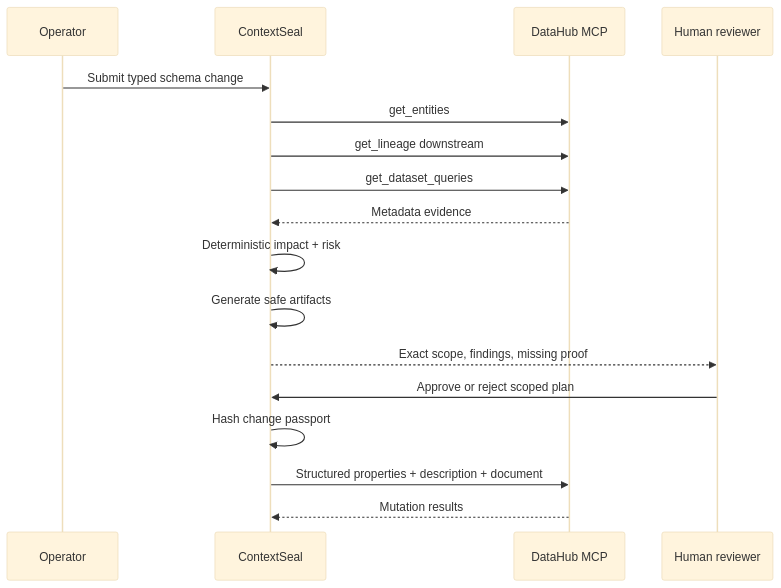
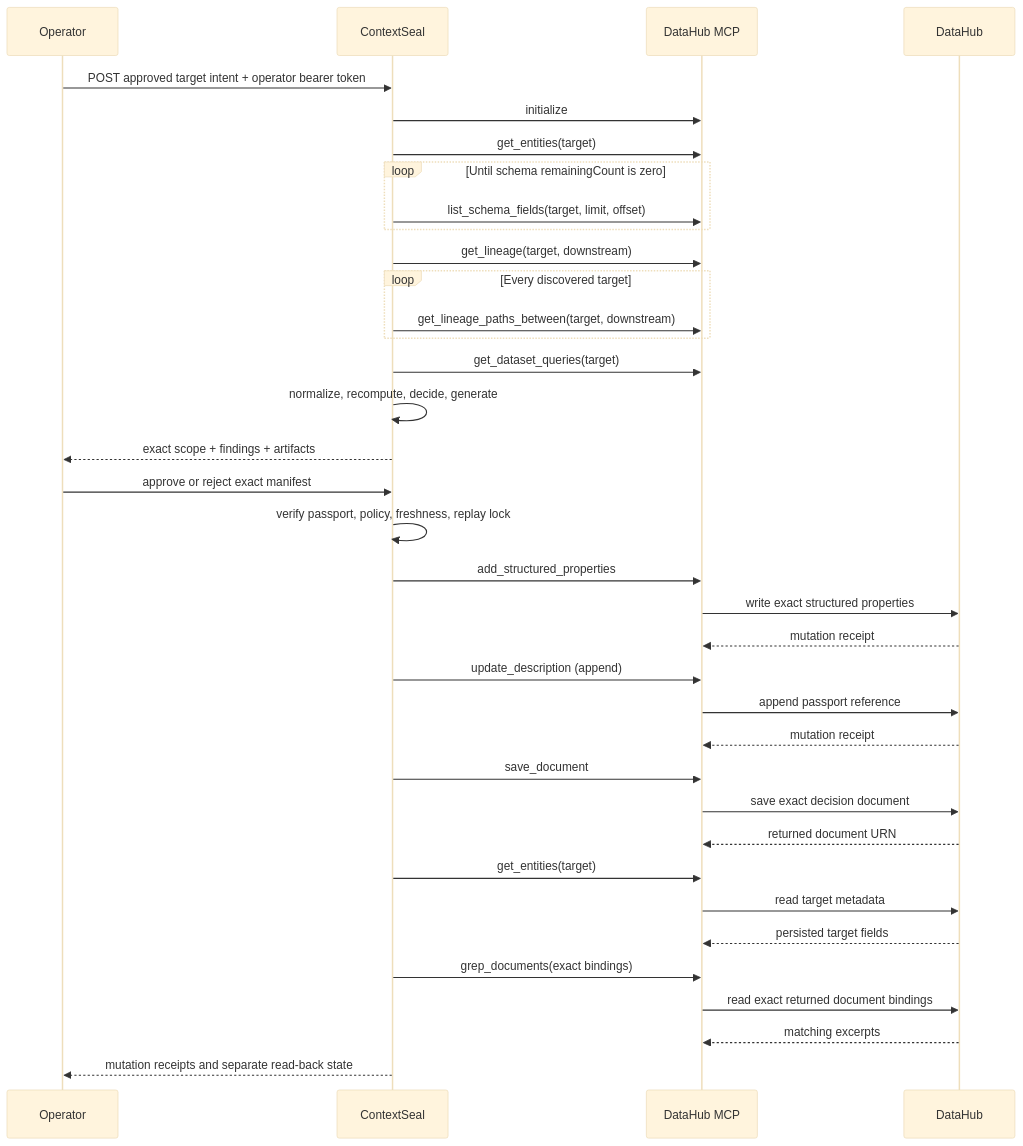
One commit to zyganali-glitch/ContextSeal changed the second of 2 diagrams in docs/ARCHITECTURE.md. Above: the diagram before and after it, drawn with Mermaid (base theme). The commit also changed other lines of this file and 86 other files, not shown here.

Commit message:
Harden ContextSeal submission and DataHub proof

````diff
--- a/docs/ARCHITECTURE.md
+++ b/docs/ARCHITECTURE.md
@@ -34,20 +43,39 @@
 ```mermaid
 sequenceDiagram
-    participant U as Operator
+    participant O as Operator
     participant C as ContextSeal
-    participant D as DataHub MCP
-    participant H as Human reviewer
+    participant M as DataHub MCP
+    participant D as DataHub
 
-    U->>C: Submit typed schema change
-    C->>D: get_entities
-    C->>D: get_lineage downstream
-    C->>D: get_dataset_queries
-    D-->>C: Metadata evidence
-    C->>C: Deterministic impact + risk
-    C->>C: Generate safe artifacts
-    C-->>H: Exact scope, findings, missing proof
-    H->>C: Approve or reject scoped plan
-    C->>C: Hash change passport
-    C->>D: Structured properties + description + document
-    D-->>C: Mutation results
+    O->>C: POST approved target intent + operator bearer token
+    C->>M: initialize
+    C->>M: get_entities(target)
+    loop Until schema remainingCount is zero
+        C->>M: list_schema_fields(target, limit, offset)
+    end
+    C->>M: get_lineage(target, downstream)
+    loop Every discovered target
+        C->>M: get_lineage_paths_between(target, downstream)
+    end
+    C->>M: get_dataset_queries(target)
+    C->>C: normalize, recompute, decide, generate
+    C-->>O: exact scope + findings + artifacts
+    O->>C: approve or reject exact manifest
+    C->>C: verify passport, policy, freshness, replay lock
+    C->>M: add_structured_properties
+    M->>D: write exact structured properties
+    D-->>M: mutation receipt
+    C->>M: update_description (append)
+    M->>D: append passport reference
+    D-->>M: mutation receipt
+    C->>M: save_document
+    M->>D: save exact decision document
+    D-->>M: returned document URN
+    C->>M: get_entities(target)
+    M->>D: read target metadata
+    D-->>M: persisted target fields
+    C->>M: grep_documents(exact bindings)
+    M->>D: read exact returned document bindings
+    D-->>M: matching excerpts
+    C-->>O: mutation receipts and separate read-back state
 ```
````
